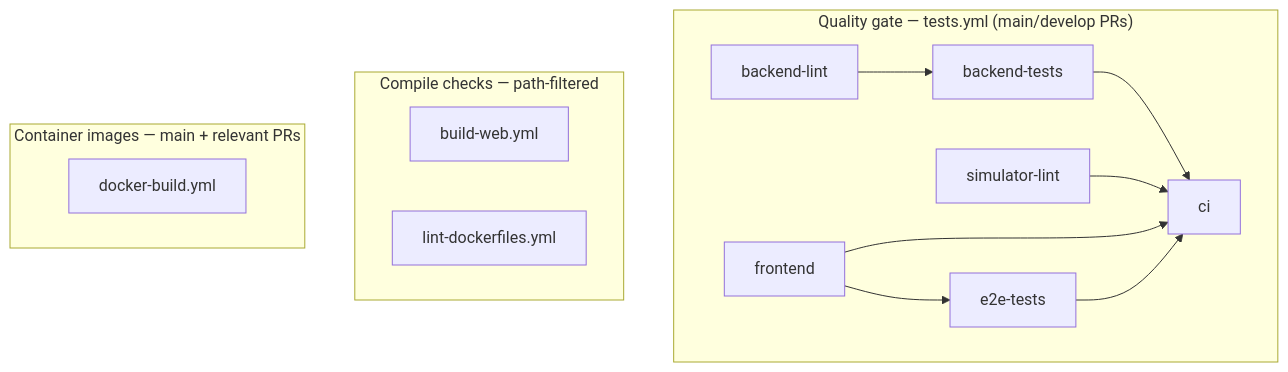
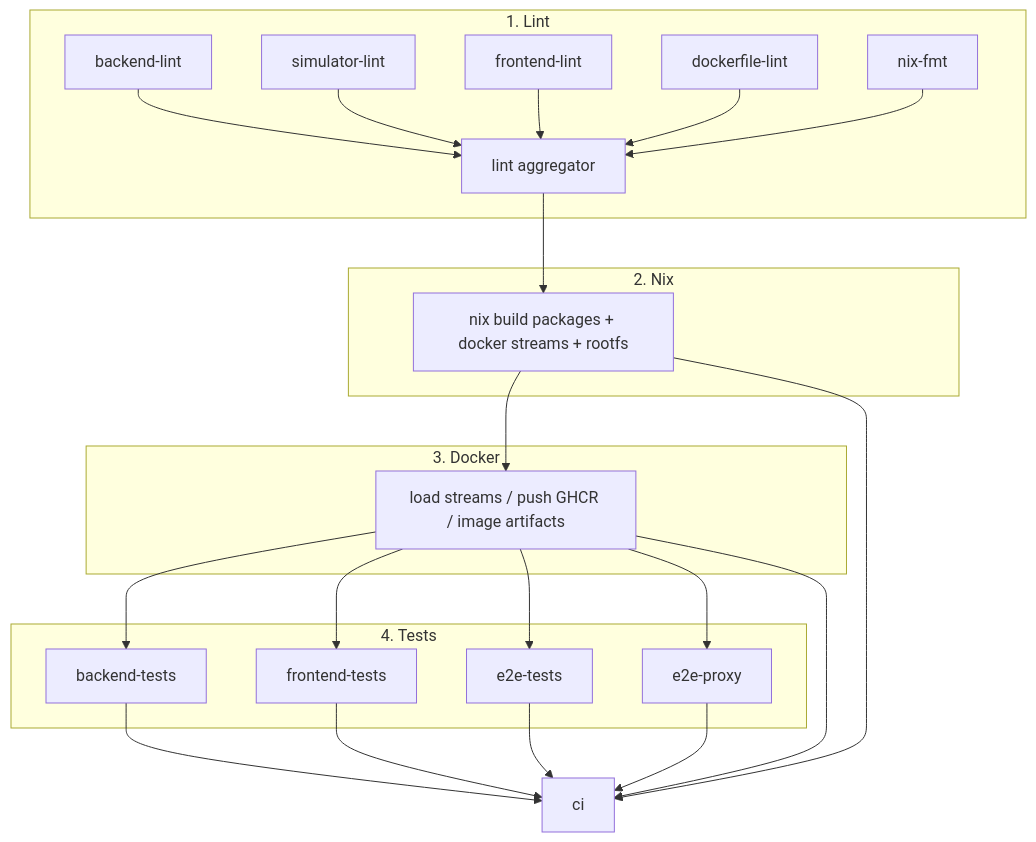
The diagram in .github/workflows/README.md (helpwave/tasks), drawn with Mermaid before and after one commit. The commit also changed other lines of this file and 32 other files, not shown here.

````diff
--- a/.github/workflows/README.md
+++ b/.github/workflows/README.md
@@ -5,27 +5,43 @@
 ```mermaid
 flowchart TD
-  subgraph quality["Quality gate — tests.yml (main/develop PRs)"]
+  subgraph lint["1. Lint"]
     BL[backend-lint]
     SL[simulator-lint]
-    FE[frontend]
-    BT[backend-tests]
-    E2E[e2e-tests]
-    CI[ci]
-
-    BL --> BT
-    FE --> E2E
-    BT --> CI
-    SL --> CI
-    FE --> CI
-    E2E --> CI
+    FE[frontend-lint]
+    DL[dockerfile-lint]
+    NF[nix-fmt]
+    L[lint aggregator]
+    BL --> L
+    SL --> L
+    FE --> L
+    DL --> L
+    NF --> L
   end
 
-  subgraph compile["Compile checks — path-filtered"]
-    BW[build-web.yml]
-    LD[lint-dockerfiles.yml]
+  subgraph nix["2. Nix"]
+    N[nix build packages + docker streams + rootfs]
   end
 
-  subgraph release["Container images — main + relevant PRs"]
-    DB[docker-build.yml]
+  subgraph docker["3. Docker"]
+    D[load streams / push GHCR / image artifacts]
   end
+
+  subgraph tests["4. Tests"]
+    BT[backend-tests]
+    FT[frontend-tests]
+    E2E[e2e-tests]
+    EP[e2e-proxy]
+  end
+
+  L --> N --> D
+  D --> BT
+  D --> FT
+  D --> E2E
+  D --> EP
+  BT --> CI[ci]
+  FT --> CI
+  E2E --> CI
+  EP --> CI
+  N --> CI
+  D --> CI
 ```
````
